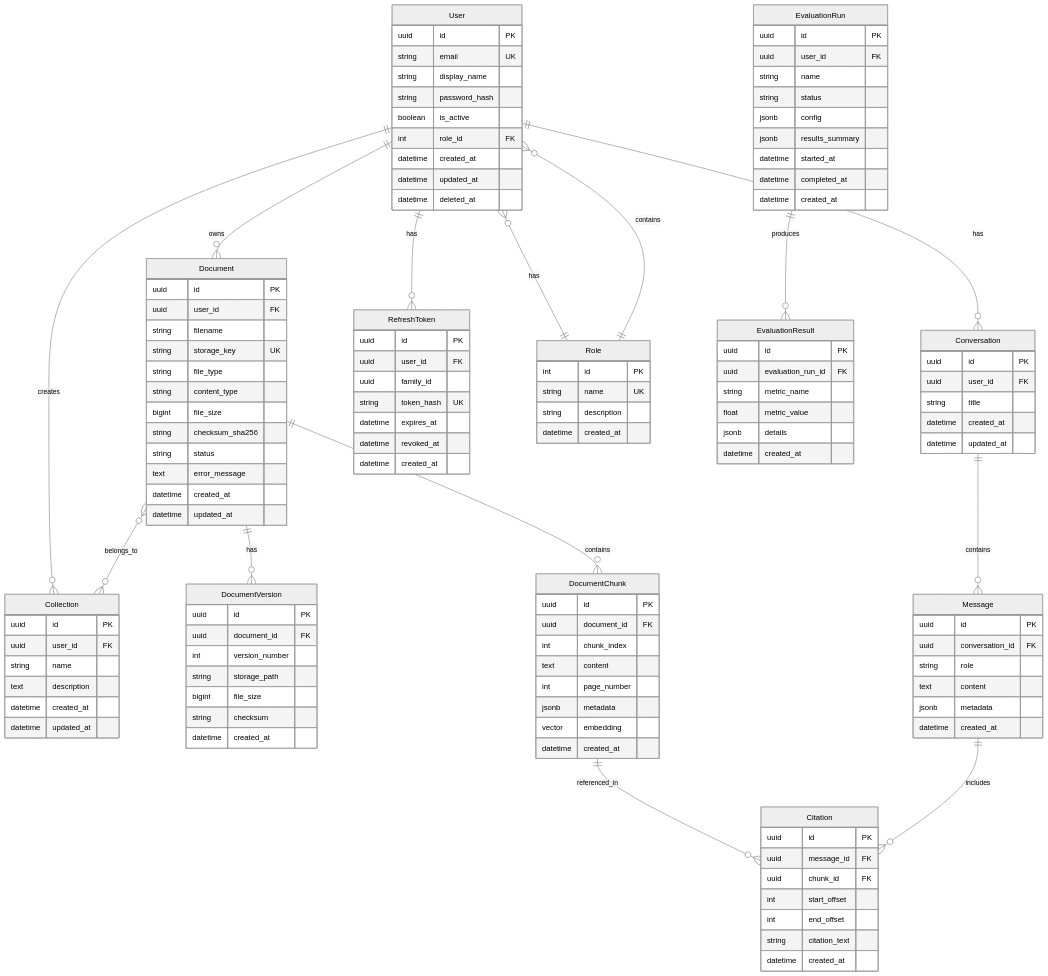
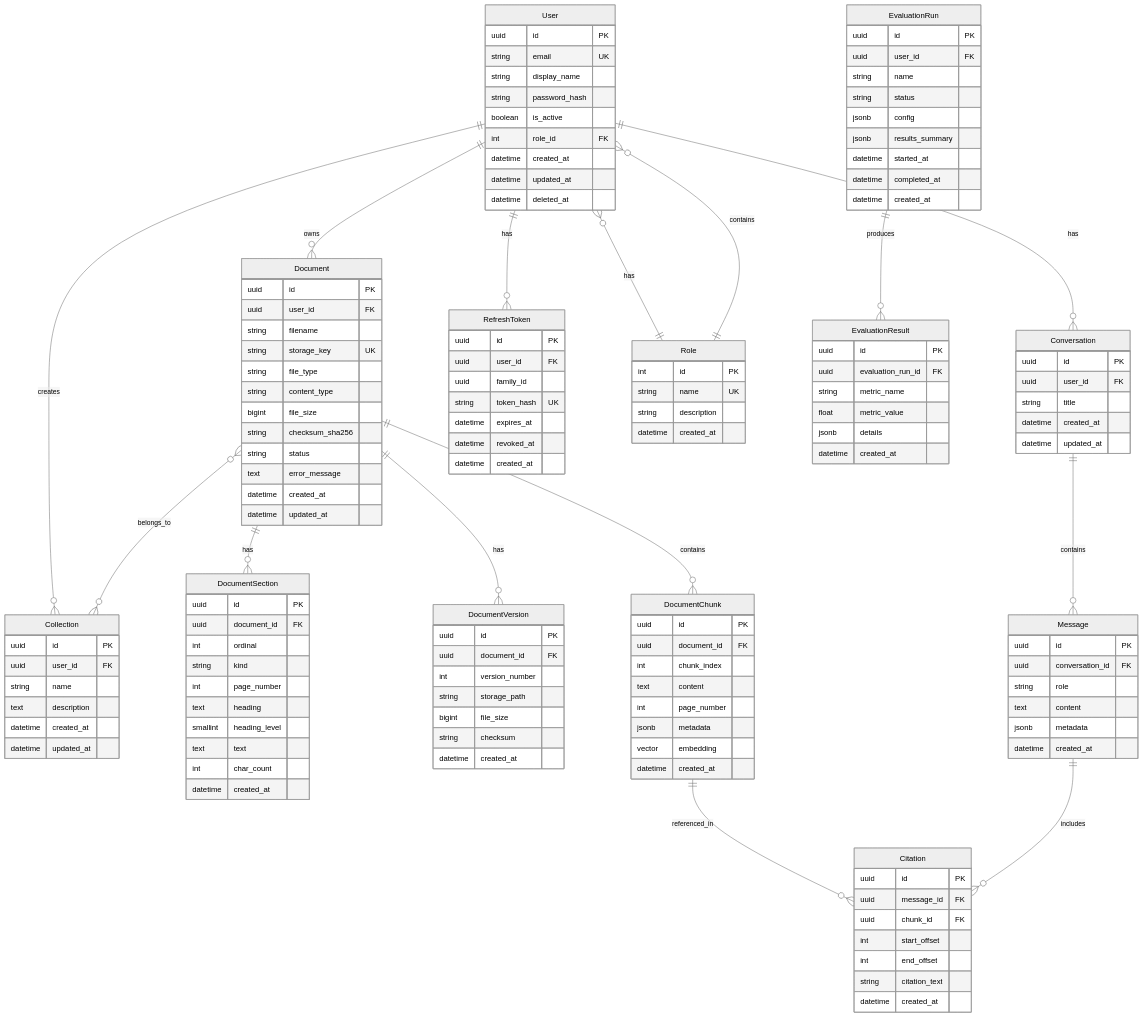
The diagram in docs/04_DATABASE_SCHEMA.md (Jobayer-hasan-rifat/Rag), drawn with Mermaid (neutral theme) before and after one commit. The commit also changed other lines of this file and 53 other files, not shown here.

```diff
--- a/docs/04_DATABASE_SCHEMA.md
+++ b/docs/04_DATABASE_SCHEMA.md
@@ -17,6 +17,7 @@
     Role ||--o{ User : contains
     
     Document }o--o{ Collection : belongs_to
+    Document ||--o{ DocumentSection : has
     Document ||--o{ DocumentVersion : has
     Document ||--o{ DocumentChunk : contains
     
@@ -78,6 +79,19 @@
         text error_message
         datetime created_at
         datetime updated_at
+    }
+
+    DocumentSection {
+        uuid id PK
+        uuid document_id FK
+        int ordinal
+        string kind
+        int page_number
+        text heading
+        smallint heading_level
+        text text
+        int char_count
+        datetime created_at
     }
 
     DocumentVersion {
```
